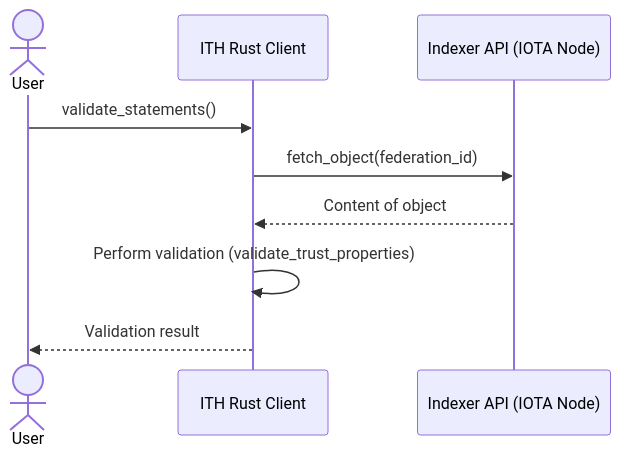
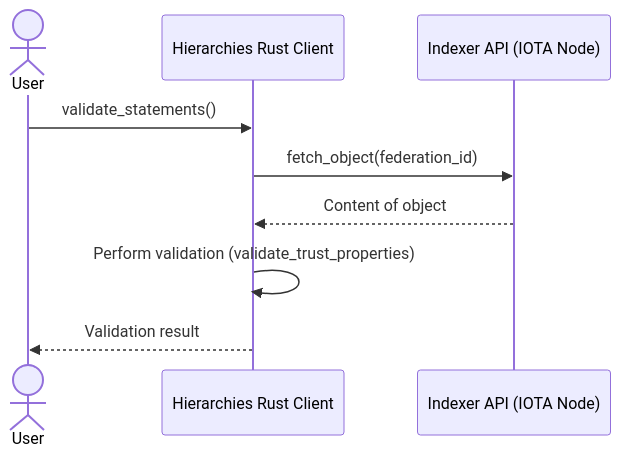
One commit to iotaledger/hierarchies changed the second of 3 diagrams in README.md. Above: the diagram before and after it, drawn with Mermaid. The commit also changed other lines of this file and 142 other files, not shown here.

First line of the commit message:
refactor: rename project from 'ith' to 'hierarchies' and update related configurations

````diff
--- a/README.md
+++ b/README.md
@@ -234,12 +234,12 @@
 ```mermaid
 sequenceDiagram
     actor User
-    participant ITHRustClient as ITH Rust Client
+    participant HierarchiesRustClient as Hierarchies Rust Client
     participant Indexer as Indexer API (IOTA Node)
 
-    User ->> ITHRustClient: validate_statements()
-    ITHRustClient ->> Indexer: fetch_object(federation_id)
-    Indexer -->> ITHRustClient: Content of object
-    ITHRustClient ->> ITHRustClient: Perform validation (validate_trust_properties)
-    ITHRustClient -->> User: Validation result
+    User ->> HierarchiesRustClient: validate_statements()
+    HierarchiesRustClient ->> Indexer: fetch_object(federation_id)
+    Indexer -->> HierarchiesRustClient: Content of object
+    HierarchiesRustClient ->> HierarchiesRustClient: Perform validation (validate_trust_properties)
+    HierarchiesRustClient -->> User: Validation result
 ```
````
